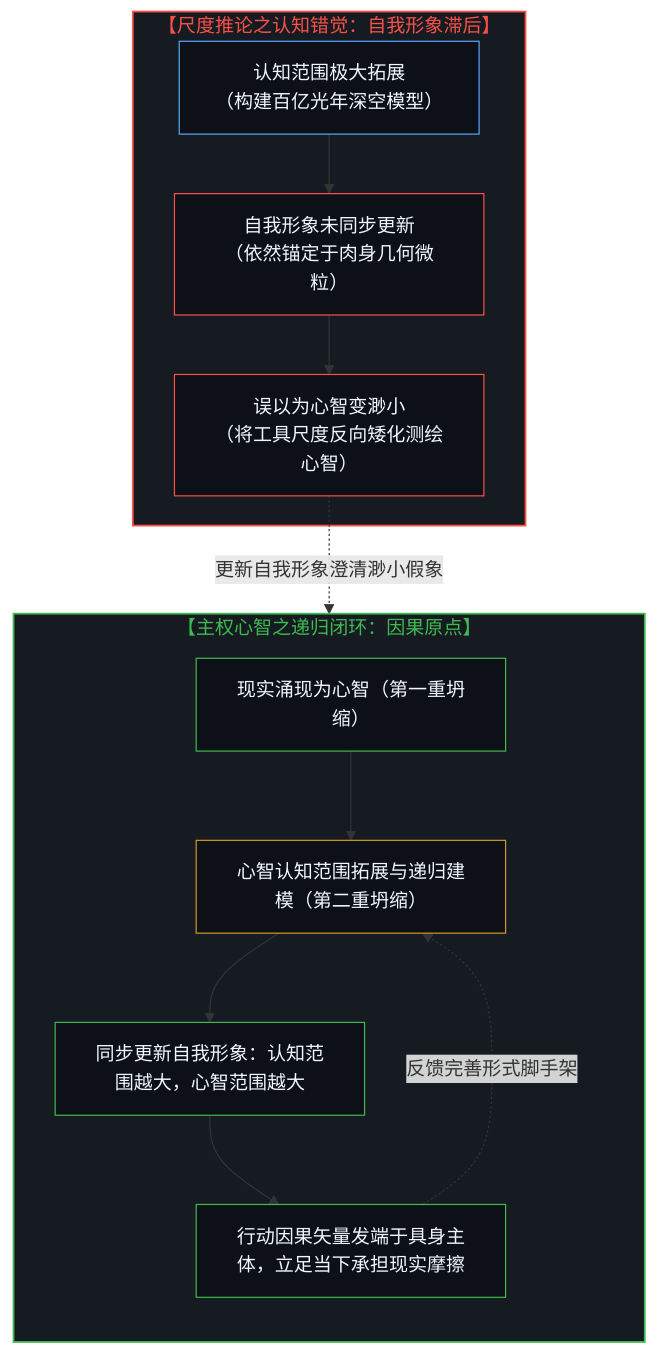
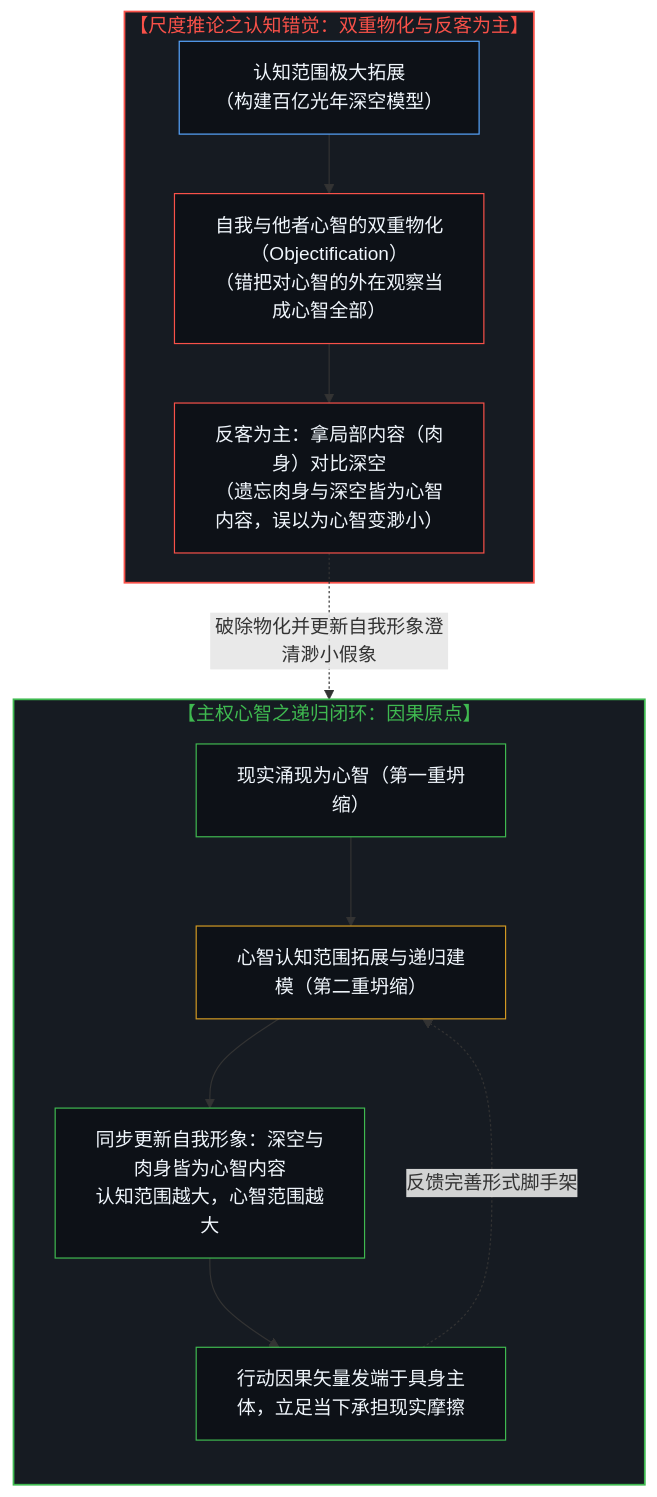
Before and after one commit to powerpig99/not-a-toe: the seventh of 8 diagrams in content/posts/one-cannot-escape-ones-own-mind.md, drawn with Mermaid. The commit also changed other lines of this file and 2 other files, not shown here.

Commit message:
Refine Post #332: Clarify dual objectification and cosmos/body as partial contents of observing mind

````diff
--- a/content/posts/one-cannot-escape-ones-own-mind.md
+++ b/content/posts/one-cannot-escape-ones-own-mind.md
@@ -299,27 +303,27 @@
 ```mermaid
 flowchart TD
     subgraph S_RecursiveReality ["【主权心智之递归闭环：因果原点】"]
         direction TB
         RL1["现实涌现为心智（第一重坍缩）"] --> RL2["心智认知范围拓展与递归建模（第二重坍缩）"]
-        RL2 --> RL3["同步更新自我形象：认知范围越大，心智范围越大"]
+        RL2 --> RL3["同步更新自我形象：深空与肉身皆为心智内容<br/>认知范围越大，心智范围越大"]
         RL3 --> RL4["行动因果矢量发端于具身主体，立足当下承担现实摩擦"]
         RL4 -.->|"反馈完善形式脚手架"| RL2
     end
 
-    subgraph S_ScaleDilution ["【尺度推论之认知错觉：自我形象滞后】"]
-        NE1["认知范围极大拓展<br/>（构建百亿光年深空模型）"] --> NE2["自我形象未同步更新<br/>（依然锚定于肉身几何微粒）"]
-        NE2 --> NE3["误以为心智变渺小<br/>（将工具尺度反向矮化测绘心智）"]
+    subgraph S_ScaleDilution ["【尺度推论之认知错觉：双重物化与反客为主】"]
+        NE1["认知范围极大拓展<br/>（构建百亿光年深空模型）"] --> NE2["自我与他者心智的双重物化（Objectification）<br/>（错把对心智的外在观察当成心智全部）"]
+        NE2 --> NE3["反客为主：拿局部内容（肉身）对比深空<br/>（遗忘肉身与深空皆为心智内容，误以为心智变渺小）"]
     end
 
-    NE3 -.->|"更新自我形象澄清渺小假象"| RL3
+    NE3 -.->|"破除物化并更新自我形象澄清渺小假象"| RL3
 
     style S_RecursiveReality fill:#161b22,stroke:#3fb950,stroke-width:1.5px,color:#3fb950
     style S_ScaleDilution fill:#161b22,stroke:#f85149,stroke-width:1.5px,color:#f85149
     style RL1 fill:#0d1117,stroke:#3fb950,stroke-width:1px,color:#f0f6fc
     style RL2 fill:#0d1117,stroke:#d29922,stroke-width:1px,color:#f0f6fc
     style RL3 fill:#0d1117,stroke:#3fb950,stroke-width:1px,color:#f0f6fc
     style RL4 fill:#0d1117,stroke:#3fb950,stroke-width:1px,color:#f0f6fc
     style NE1 fill:#0d1117,stroke:#58a6ff,stroke-width:1px,color:#f0f6fc
     style NE2 fill:#0d1117,stroke:#f85149,stroke-width:1px,color:#f0f6fc
     style NE3 fill:#0d1117,stroke:#f85149,stroke-width:1px,color:#f0f6fc
 ```
````
